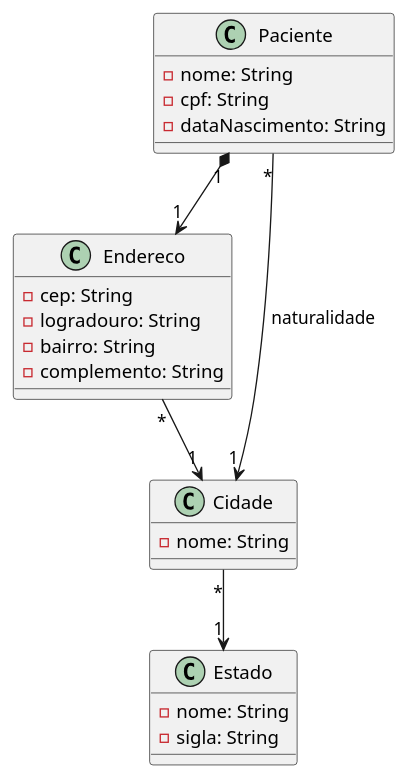
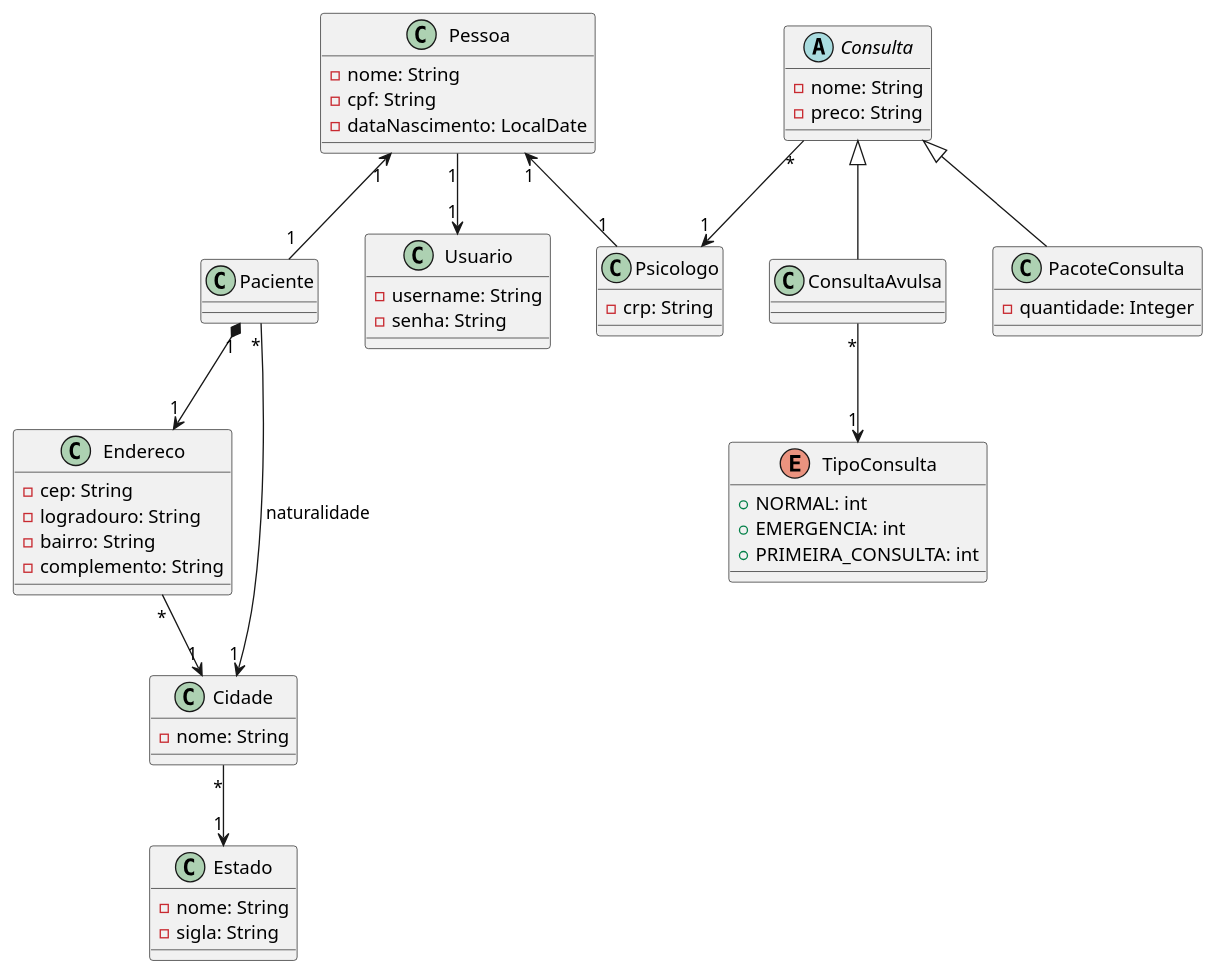
One commit to janiojunior/psicologia changed the diagram in src/main/resources/documents/Diagrama_Sistema_Agendamento_Psicologia.plantuml. Above: the diagram before and after it, drawn with PlantUML. The commit also changed 8 other files, not shown here.

```diff
--- a/src/main/resources/documents/Diagrama_Sistema_Agendamento_Psicologia.plantuml
+++ b/src/main/resources/documents/Diagrama_Sistema_Agendamento_Psicologia.plantuml
@@ -1,31 +1,76 @@
 @startuml
 
+class Usuario {
+    - username: String 
+    - senha: String
+}
+
+class Pessoa {
+  - nome: String 
+    - cpf: String
+    - dataNascimento: LocalDate
+}
+
 class Paciente {
-    - nome: String
-    - cpf: String
-    - dataNascimento: String
+
 }
+
+class Psicologo {
+    - crp: String
+}   
 
 class Endereco {
     - cep: String
     - logradouro: String
     - bairro: String
     - complemento: String
 }
 
 class Estado {
     - nome: String
     - sigla: String
 }
 
 class Cidade {
     - nome: String
 }
 
+abstract class Consulta {
+    - nome: String 
+    - preco: String
+}
+
+class ConsultaAvulsa {
+    
+}
+
+class PacoteConsulta {
+    - quantidade: Integer
+}
+
+enum TipoConsulta {
+    + NORMAL: int
+    + EMERGENCIA: int
+    + PRIMEIRA_CONSULTA: int
+}
+
+
 Paciente "1" *--> "1" Endereco
 Paciente "*" --> "1" Cidade : naturalidade
 
 Endereco "*" --> "1" Cidade
 Cidade "*" --> "1" Estado
 
+Paciente "1" -up-> "1" Pessoa
+Psicologo "1" -up-> "1" Pessoa
+
+Pessoa "1" --> "1" Usuario
+
+Consulta "*" --> "1" Psicologo
+
+ConsultaAvulsa -up-|> Consulta
+PacoteConsulta -up-|> Consulta
+
+ConsultaAvulsa "*" --> "1" TipoConsulta
+
 @enduml
```
